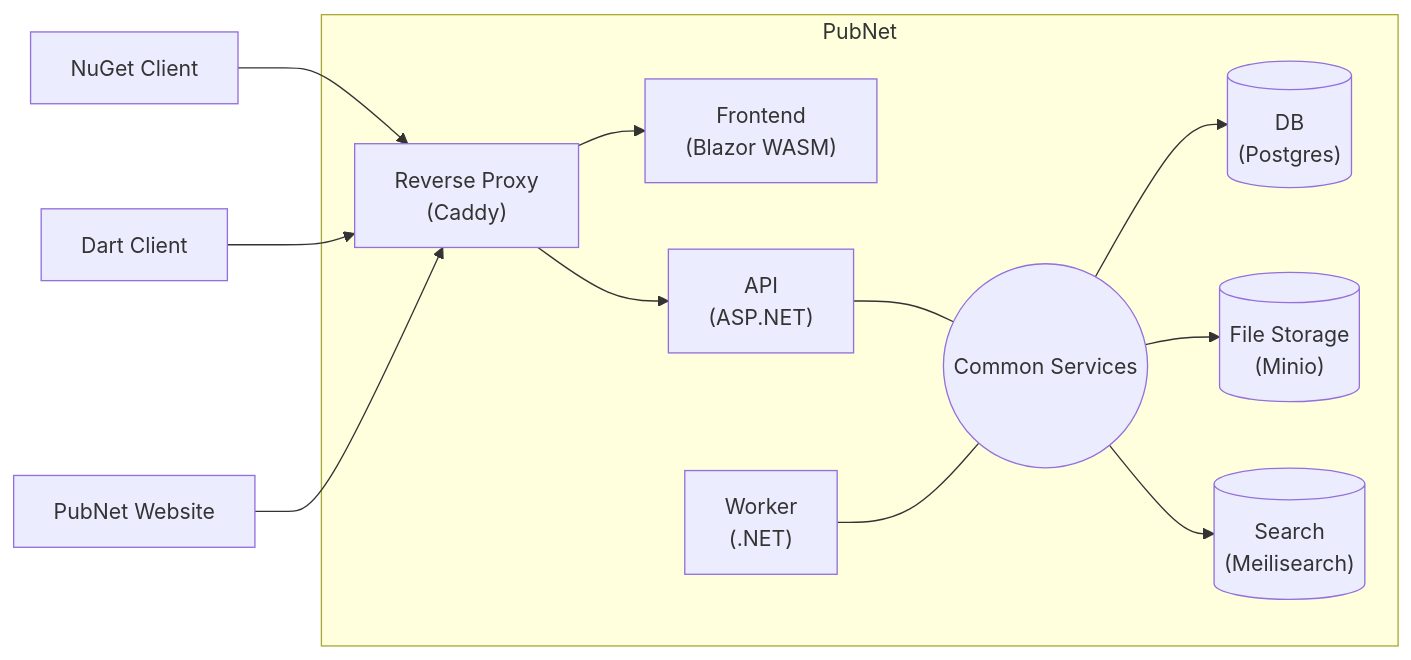
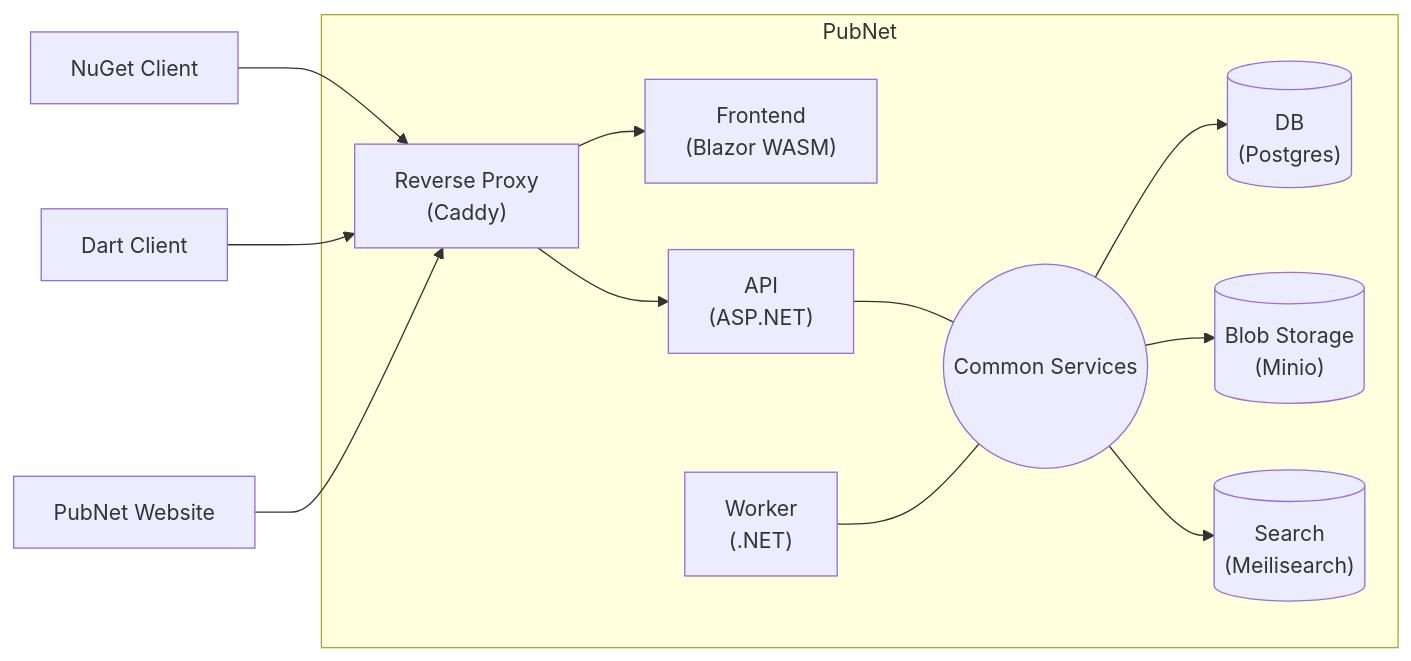
The first of 2 diagrams in Architecture.md (ricardoboss/PubNet), drawn with Mermaid before and after one commit. The commit also changed 21 other files, not shown here.

````diff
--- a/Architecture.md
+++ b/Architecture.md
@@ -5,10 +5,10 @@
 ```mermaid
 flowchart LR
     nuget[NuGet Client] & dart[Dart Client] & website[PubNet Website] --> caddy["Reverse Proxy<br/>(Caddy)"]
 
     subgraph PubNet
         caddy --> frontend["Frontend<br/>(Blazor WASM)"] & api["API<br/>(ASP.NET)"]
         api & worker["Worker<br/>(.NET)"] --- common((Common Services))
-        common --> db[("DB<br/>(Postgres)")] & storage[("File Storage<br/>(Minio)")] & search[("Search<br/>(Meilisearch)")]
+        common --> db[("DB<br/>(Postgres)")] & storage[("Blob Storage<br/>(Minio)")] & search[("Search<br/>(Meilisearch)")]
     end
 ```
````
